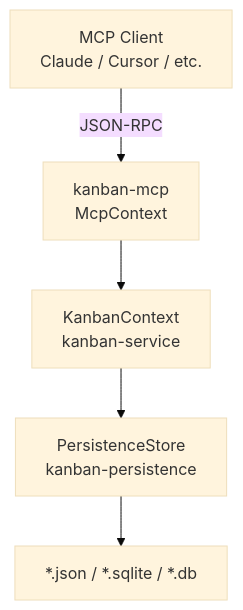
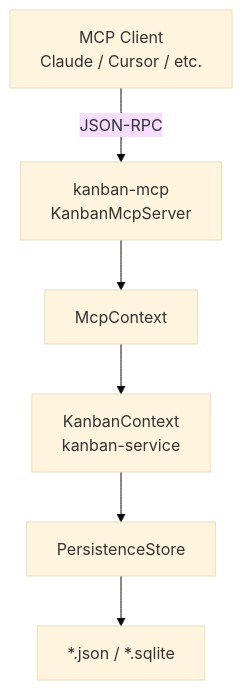
One commit to fulsomenko/kanban changed the diagram in crates/kanban-mcp/README.md. Above: the diagram before and after it, drawn with Mermaid (base theme). The commit also changed other lines of this file, not shown here.

Commit message:
docs(mcp): revamp README

````diff
--- a/crates/kanban-mcp/README.md
+++ b/crates/kanban-mcp/README.md
@@ -11,7 +9,8 @@
 ```mermaid
 graph TD
-    CLIENT[MCP Client<br/>Claude / Cursor / etc.] -->|JSON-RPC| MCP[kanban-mcp<br/>McpContext]
-    MCP --> SVC[KanbanContext<br/>kanban-service]
-    SVC --> STORE[PersistenceStore<br/>kanban-persistence]
-    STORE --> STORAGE[*.json / *.sqlite / *.db]
+    CLIENT[MCP Client<br/>Claude / Cursor / etc.] -->|JSON-RPC| MCP[kanban-mcp<br/>KanbanMcpServer]
+    MCP --> CTX[McpContext]
+    CTX --> SVC[KanbanContext<br/>kanban-service]
+    SVC --> STORE[PersistenceStore]
+    STORE --> STORAGE[*.json / *.sqlite]
 ```
````
